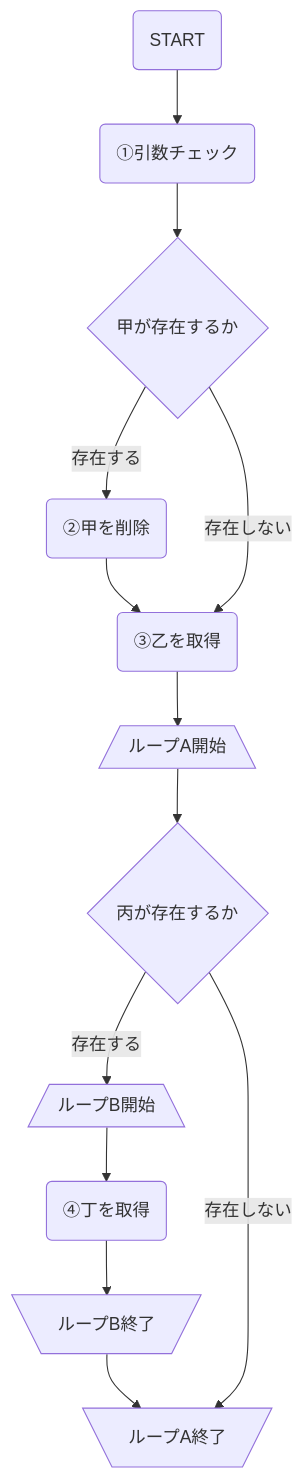
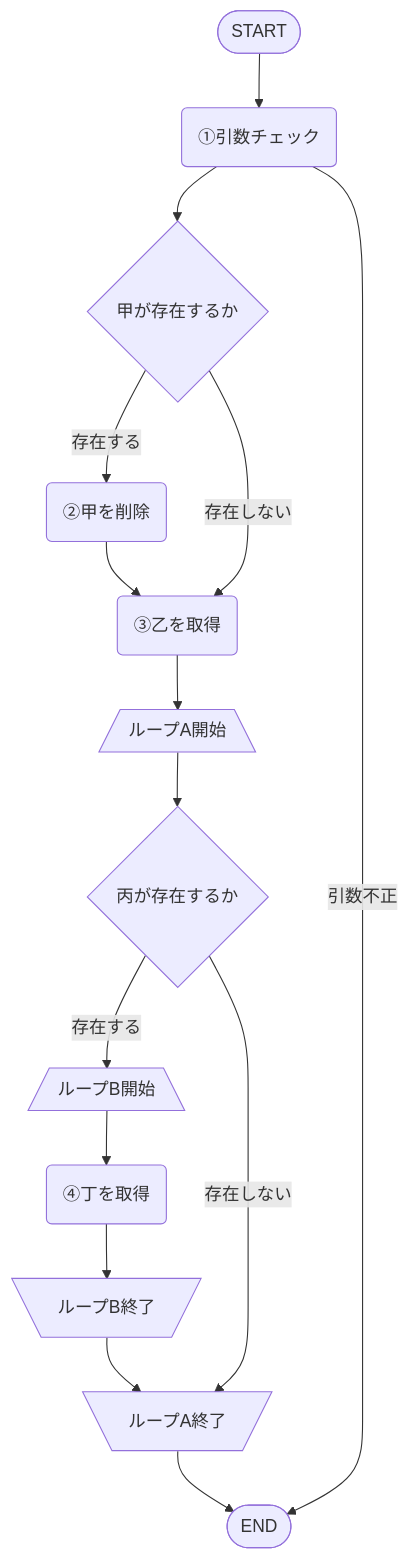
The diagram in フローチャート1.md (Kat-S/mermaid_test), drawn with Mermaid before and after one commit.

````diff
--- a/フローチャート1.md
+++ b/フローチャート1.md
@@ -1,27 +1,30 @@
 ```mermaid
 graph TB
-  start("START")
+  start(["START"])
   node_1("①引数チェック")
   fork_1{"甲が存在するか"}
   node_2("②甲を削除")
   node_3("③乙を取得")
   loop_1_start[/"ループA開始"\]
   loop_1_goal[\"ループA終了"/]  
   fork_2{"丙が存在するか"}
   loop_2_start[/"ループB開始"\]
   loop_2_goal[\"ループB終了"/]  
   node_4("④丁を取得")
+  goal(["END"])
     
   start --> node_1
   node_1 --> fork_1
   fork_1 --> | 存在する | node_2
   node_2 --> node_3
   fork_1 --> | 存在しない | node_3
   node_3 --> loop_1_start
   loop_1_start --> fork_2
   fork_2 --> | 存在する | loop_2_start
   loop_2_start --> node_4
   node_4 --> loop_2_goal
   loop_2_goal --> loop_1_goal
   fork_2 --> | 存在しない | loop_1_goal
+  loop_1_goal --> goal  
+  node_1 --> | 引数不正 | goal
 ```
````
